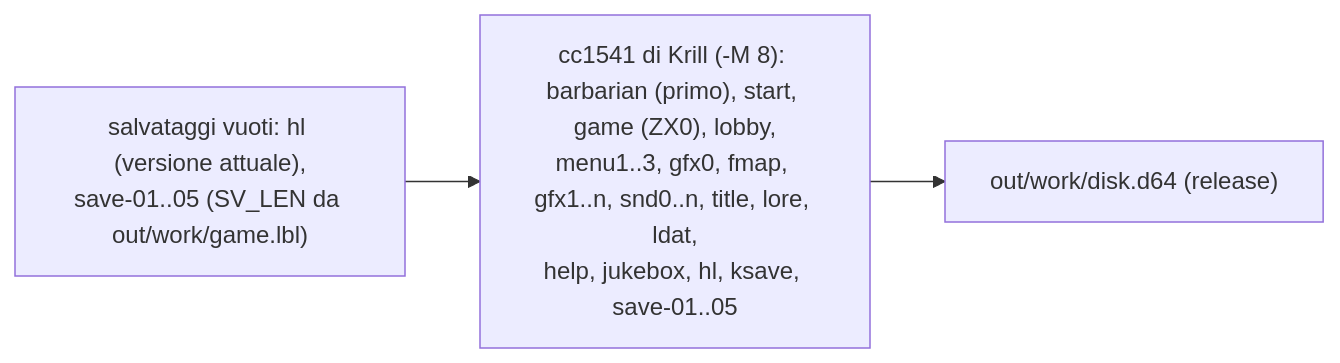
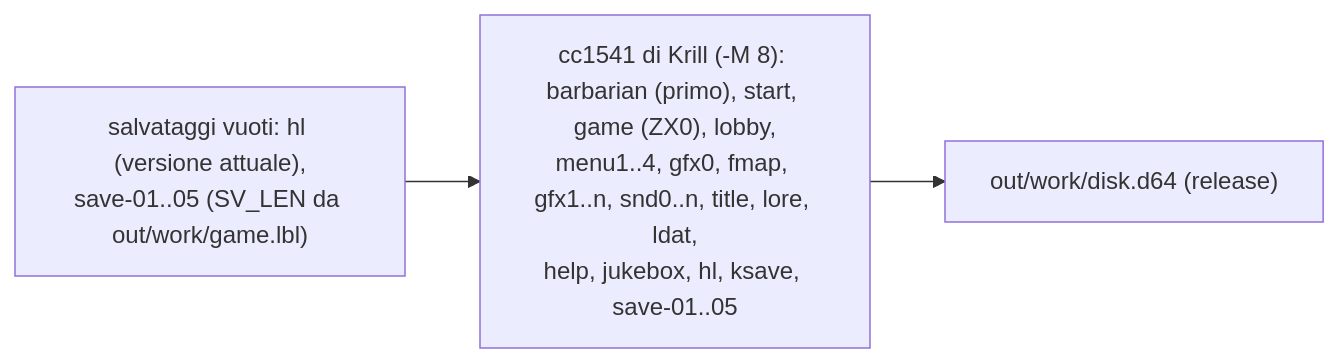
One commit to caporalesimone/barbarian-the-blood-path changed the third of 4 diagrams in docs/wiki/build.md. Above: the diagram before and after it, drawn with Mermaid. The commit also changed other lines of this file and 23 other files, not shown here.

````diff
--- a/docs/wiki/build.md
+++ b/docs/wiki/build.md
@@ -132,5 +132,5 @@
 ```mermaid
 flowchart LR
     SV["salvataggi vuoti: hl (versione attuale),<br/>save-01..05 (SV_LEN da out/work/game.lbl)"] --> W
-    W["cc1541 di Krill (-M 8): barbarian (primo), start, game (ZX0), lobby,<br/>menu1..3, gfx0, fmap, gfx1..n, snd0..n, title, lore, ldat,<br/>help, jukebox, hl, ksave, save-01..05"] --> DR["out/work/disk.d64 (release)"]
+    W["cc1541 di Krill (-M 8): barbarian (primo), start, game (ZX0), lobby,<br/>menu1..4, gfx0, fmap, gfx1..n, snd0..n, title, lore, ldat,<br/>help, jukebox, hl, ksave, save-01..05"] --> DR["out/work/disk.d64 (release)"]
 ```
````
